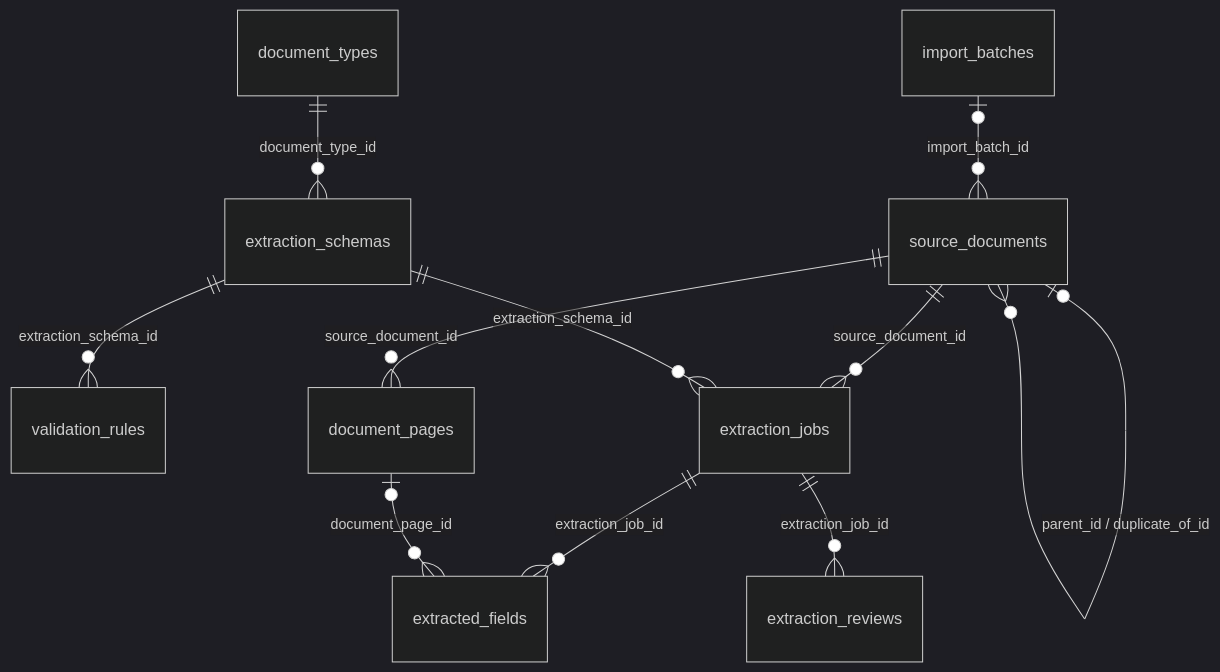
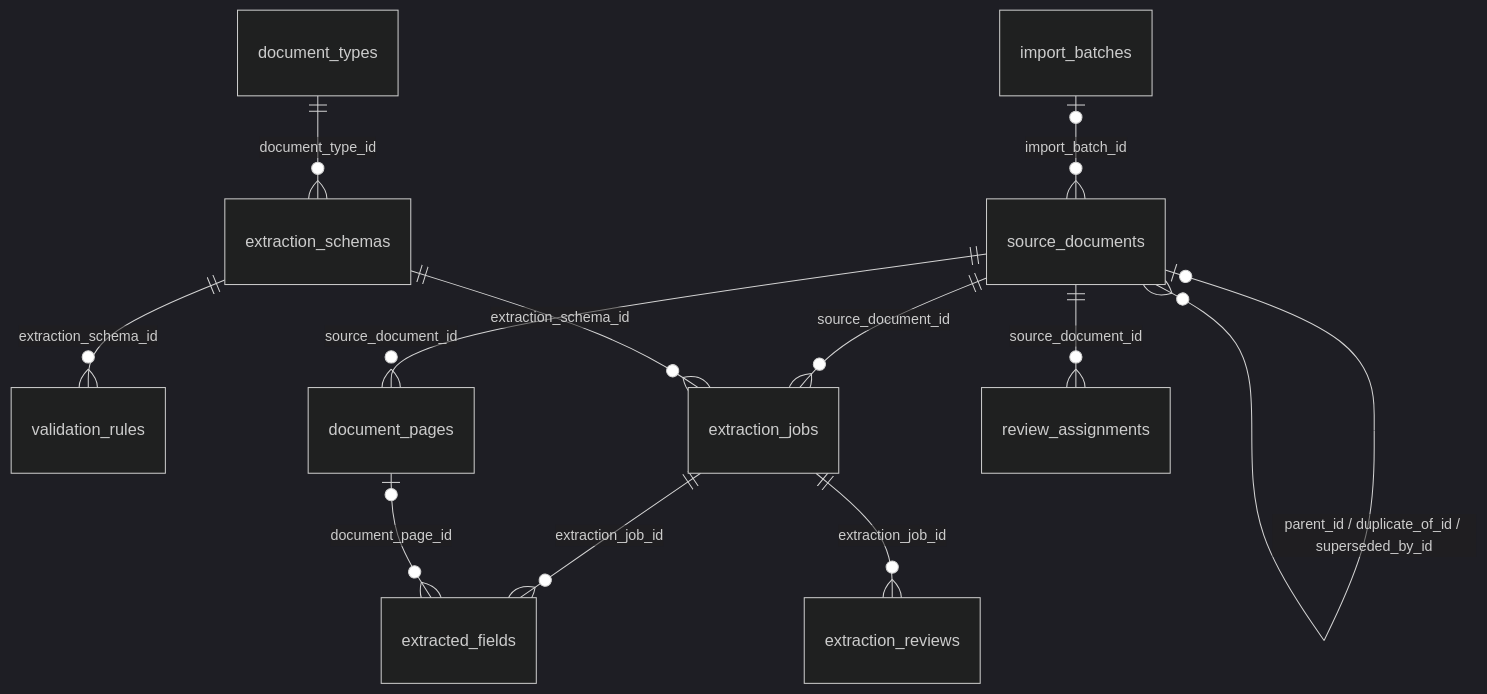
Before and after one commit to hovikhanh/Aureon: the tenth of 11 diagrams in docs/2.PRODUCT/05-DATA-MODEL.md, drawn with Mermaid (dark theme). The commit also changed other lines of this file, not shown here.

Commit message:
docs(v2.1): rebuild 05-DATA-MODEL part C - ai, idp, and full ERD (DEC-149, DEC-151)

````diff
--- a/docs/2.PRODUCT/05-DATA-MODEL.md
+++ b/docs/2.PRODUCT/05-DATA-MODEL.md
@@ -220,13 +260,14 @@
 ```mermaid
 erDiagram
     document_types ||--o{ extraction_schemas : "document_type_id"
     extraction_schemas ||--o{ validation_rules : "extraction_schema_id"
     import_batches |o--o{ source_documents : "import_batch_id"
-    source_documents |o--o{ source_documents : "parent_id / duplicate_of_id"
+    source_documents |o--o{ source_documents : "parent_id / duplicate_of_id / superseded_by_id"
     source_documents ||--o{ document_pages : "source_document_id"
     source_documents ||--o{ extraction_jobs : "source_document_id"
     extraction_schemas ||--o{ extraction_jobs : "extraction_schema_id"
     extraction_jobs ||--o{ extracted_fields : "extraction_job_id"
     document_pages |o--o{ extracted_fields : "document_page_id"
     extraction_jobs ||--o{ extraction_reviews : "extraction_job_id"
+    source_documents ||--o{ review_assignments : "source_document_id"
 ```
````
